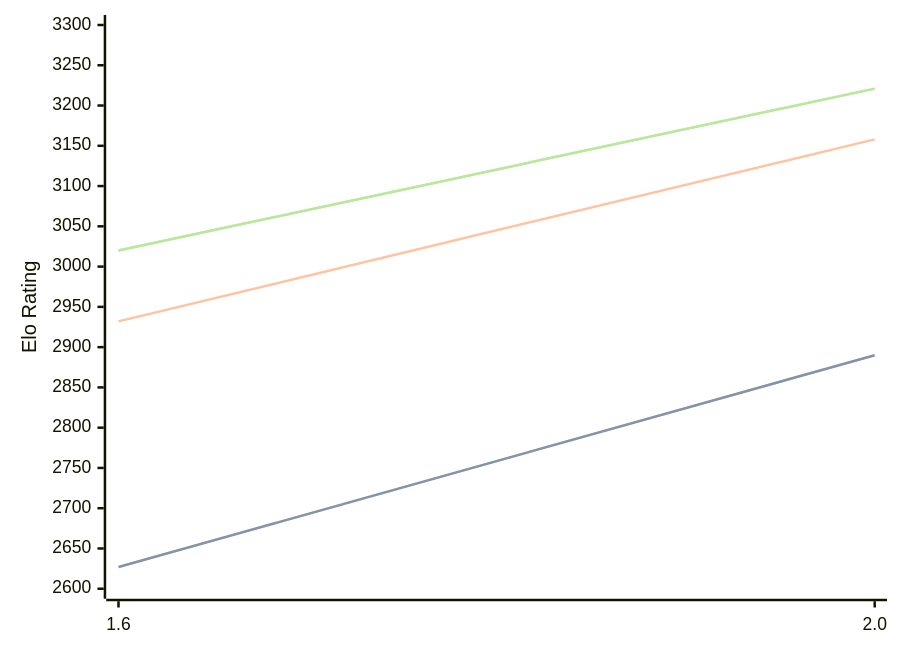
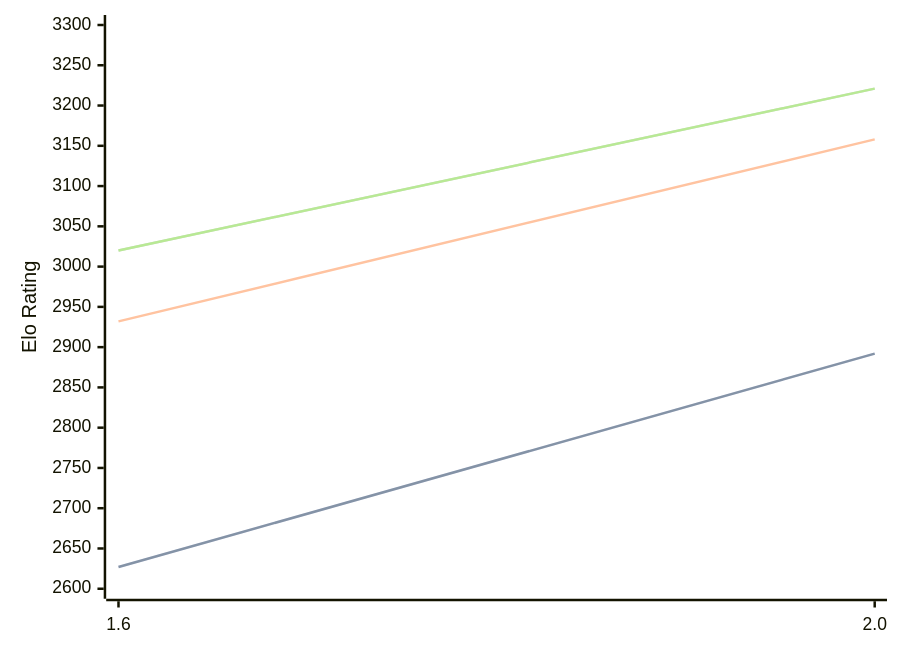
One commit to computer-chess-index/cci changed the diagram in engines/Onyx.md. Above: the diagram before and after it, drawn with Mermaid. The commit also changed other lines of this file, not shown here.

````diff
--- a/engines/Onyx.md
+++ b/engines/Onyx.md
@@ -32,11 +32,11 @@
 ```mermaid
 %%{init: {"theme":"base","themeVariables":{"seriesColors:['#a3a3a3','#222221','#faa371']}}}%%
 xychart-beta
   x-axis ["1.6", "2.0"]
   y-axis "Elo Rating" 2600 --> 3300
-  line "" [2627, 2890]
-  line "STC (8.0+0.08s)" [2627, 2890]
+  line "" [2627, 2892]
+  line "STC (8.0+0.08s)" [2627, 2892]
   line "LTC (60.0+0.60s)" [2932, 3158]
   line "" [3020, 3221]
   line "VLTC (2m24s+1.12s)" [3020, 3221]
 ```
````
